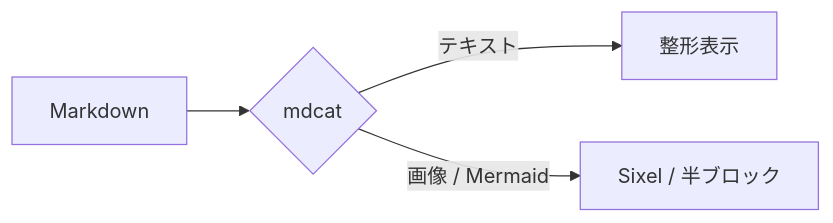
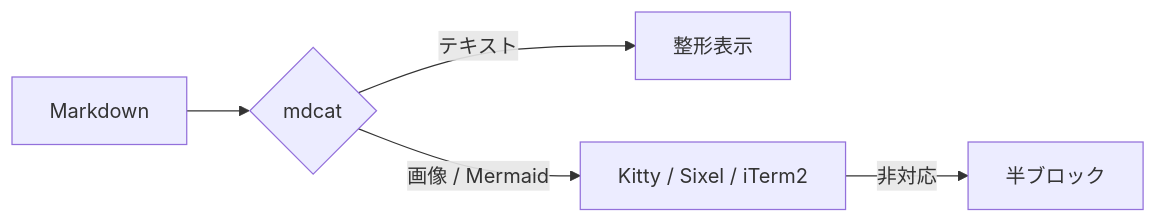
Before and after one commit to oharato/mdview: the first of 4 diagrams in examples/demo.md, drawn with Mermaid. The commit also changed other lines of this file and 4 other files, not shown here.

First line of the commit message:
docs: デモを拡充（テキスト表現・表・Mermaid 4種・PNG/SVG 画像・コード・絵文字）

````diff
--- a/examples/demo.md
+++ b/examples/demo.md
@@ -7,6 +37,7 @@
 ```mermaid
 flowchart LR
   A[Markdown] --> B{mdcat}
   B -->|テキスト| C[整形表示]
-  B -->|画像 / Mermaid| D[Sixel / 半ブロック]
+  B -->|画像 / Mermaid| D[Kitty / Sixel / iTerm2]
+  D -->|非対応| E[半ブロック]
 ```
````
